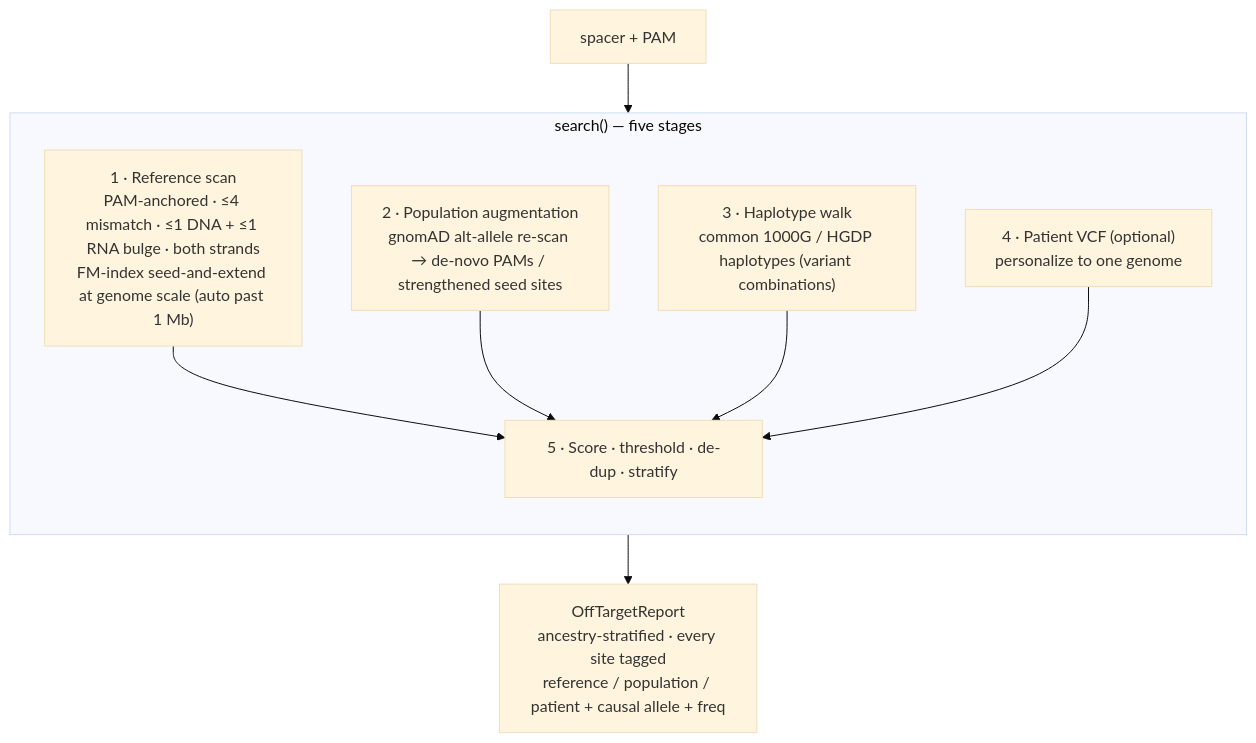
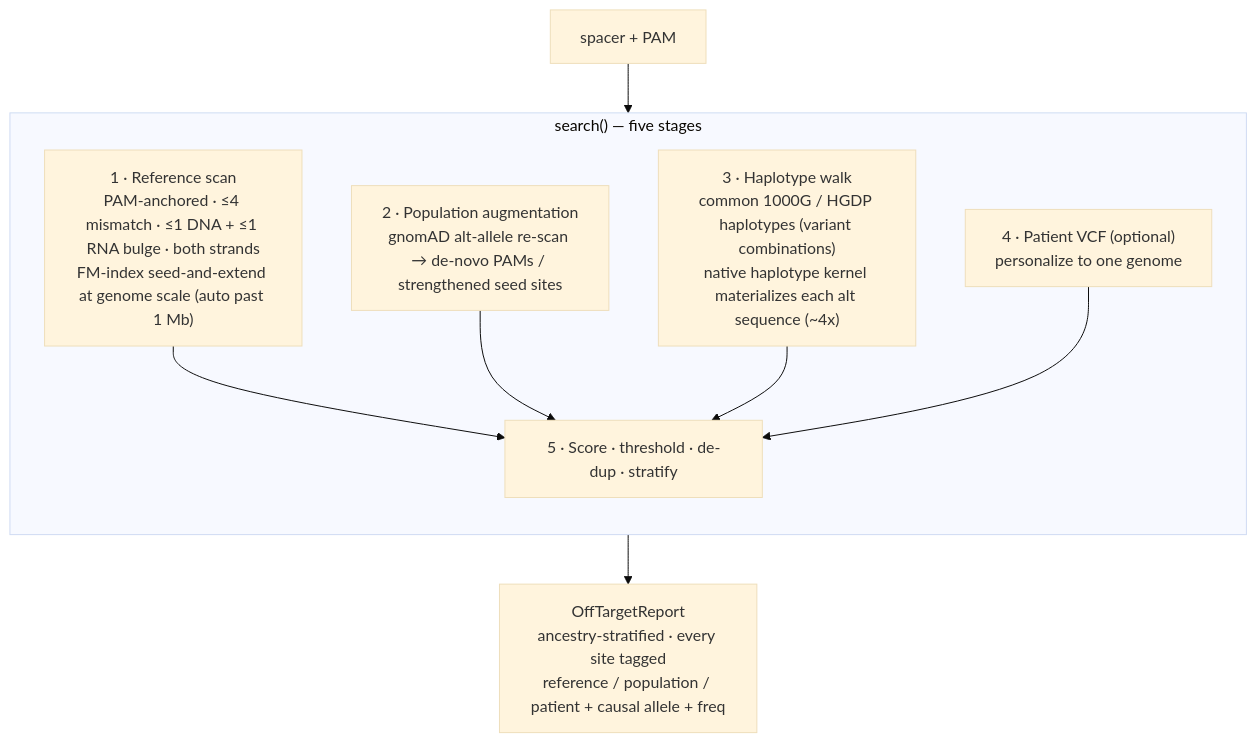
One commit to clay-good/alleleforge changed the fourth of 13 diagrams in README.md. Above: the diagram before and after it, drawn with Mermaid (base theme). The commit also changed other lines of this file and 8 other files, not shown here.

First line of the commit message:
feat(R2): native haplotype-walk kernel on the haplotype off-target hot path

````diff
--- a/README.md
+++ b/README.md
@@ -365,17 +374,17 @@
 ```mermaid
 flowchart TB
     SP["spacer + PAM"] --> S1
     subgraph ENG["search() — five stages"]
         direction TB
         S1["1 · Reference scan<br/>PAM-anchored · ≤4 mismatch · ≤1 DNA + ≤1 RNA bulge · both strands<br/>FM-index seed-and-extend at genome scale (auto past 1 Mb)"]
         S2["2 · Population augmentation<br/>gnomAD alt-allele re-scan → de-novo PAMs / strengthened seed sites"]
-        S3["3 · Haplotype walk<br/>common 1000G / HGDP haplotypes (variant combinations)"]
+        S3["3 · Haplotype walk<br/>common 1000G / HGDP haplotypes (variant combinations)<br/>native haplotype kernel materializes each alt sequence (~4x)"]
         S4["4 · Patient VCF (optional)<br/>personalize to one genome"]
         S5["5 · Score · threshold · de-dup · stratify"]
         S1 --> S5
         S2 --> S5
         S3 --> S5
         S4 --> S5
     end
     S5 --> R["OffTargetReport<br/>ancestry-stratified · every site tagged<br/>reference / population / patient + causal allele + freq"]
 ```
````
